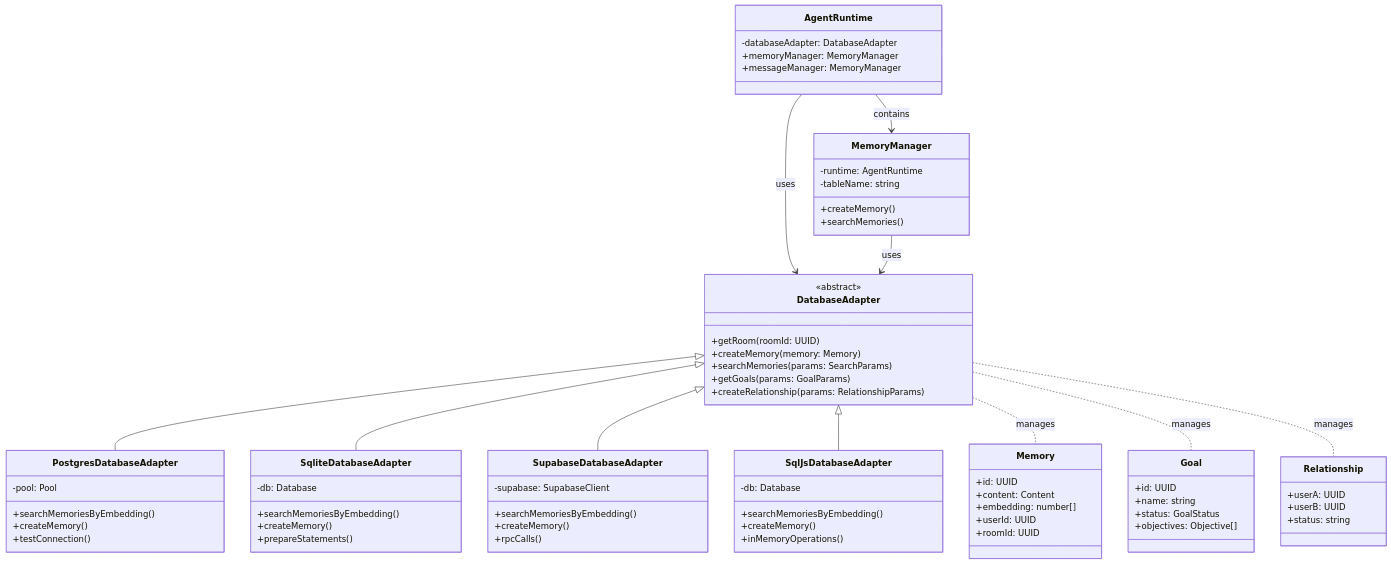
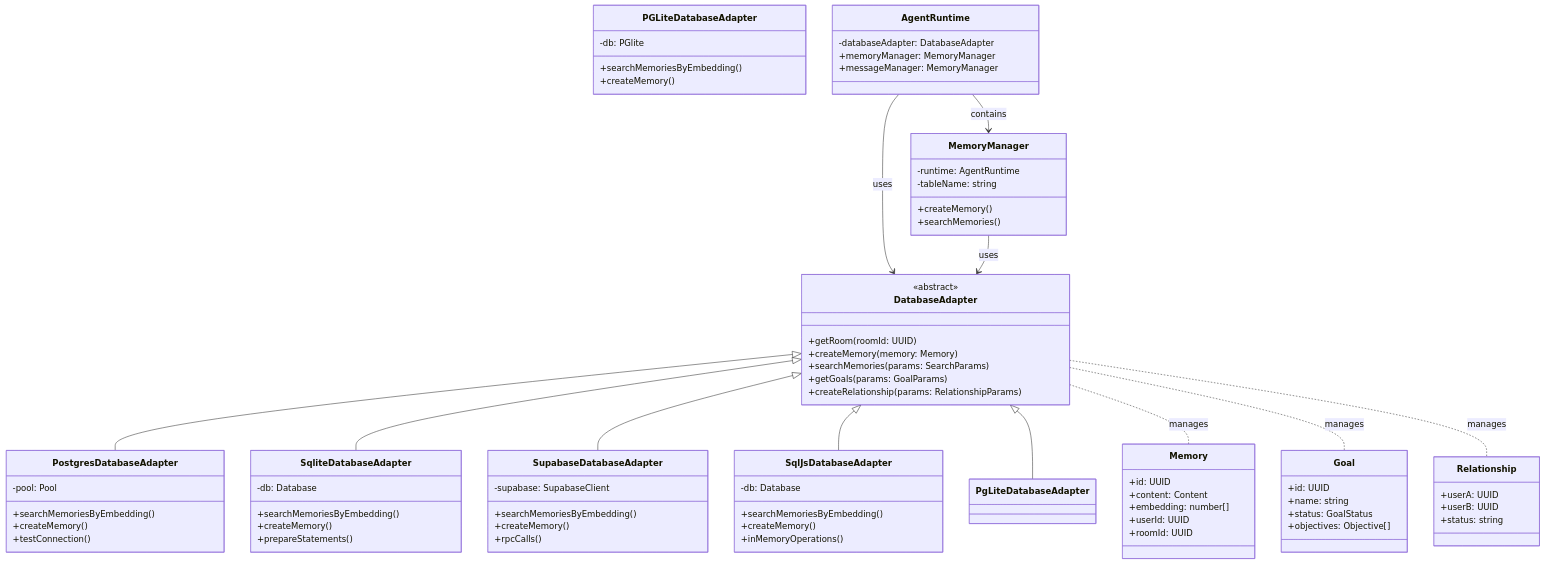
One commit to Goketech/magent-agent changed the diagram in docs/docs/packages/adapters.md. Above: the diagram before and after it, drawn with Mermaid. The commit also changed other lines of this file and 2119 other files, not shown here.

```diff
--- a/docs/docs/packages/adapters.md
+++ b/docs/docs/packages/adapters.md
@@ -78,10 +78,17 @@
         +inMemoryOperations()
     }
 
+    class PGLiteDatabaseAdapter {
+        -db: PGlite
+        +searchMemoriesByEmbedding()
+        +createMemory()
+    }
+
     DatabaseAdapter <|-- PostgresDatabaseAdapter
     DatabaseAdapter <|-- SqliteDatabaseAdapter
     DatabaseAdapter <|-- SupabaseDatabaseAdapter
     DatabaseAdapter <|-- SqlJsDatabaseAdapter
+    DatabaseAdapter <|-- PgLiteDatabaseAdapter
 
     class AgentRuntime {
         -databaseAdapter: DatabaseAdapter
```
